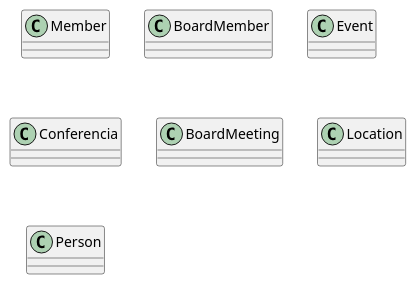
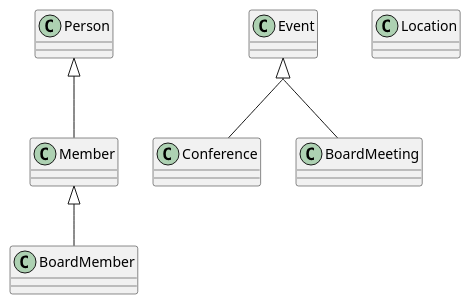
One commit to valencodes/UMLClases_Daniela_Valentina_Galeote_Calderon changed the diagram in PlantUML_UD11_DVGC/src/UML_UD11_DVGC.puml. Above: the diagram before and after it, drawn with PlantUML. The commit also changed 2 other files, not shown here.

```diff
--- a/PlantUML_UD11_DVGC/src/UML_UD11_DVGC.puml
+++ b/PlantUML_UD11_DVGC/src/UML_UD11_DVGC.puml
@@ -1,9 +1,17 @@
 @startuml
 class Member
 class BoardMember
 class Event
-class Conferencia
+class Conference
 class BoardMeeting
 class Location
 class Person
+
+skinparam groupInheritance 2
+Event <|-- Conference
+Event <|-- BoardMeeting
+
+Person <|-- Member
+Member <|-- BoardMember
+
 @enduml
```
